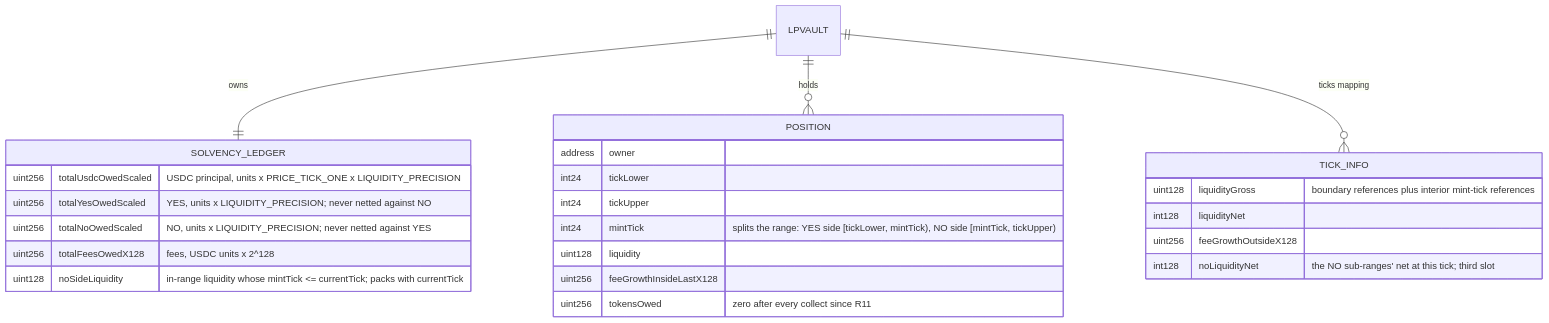
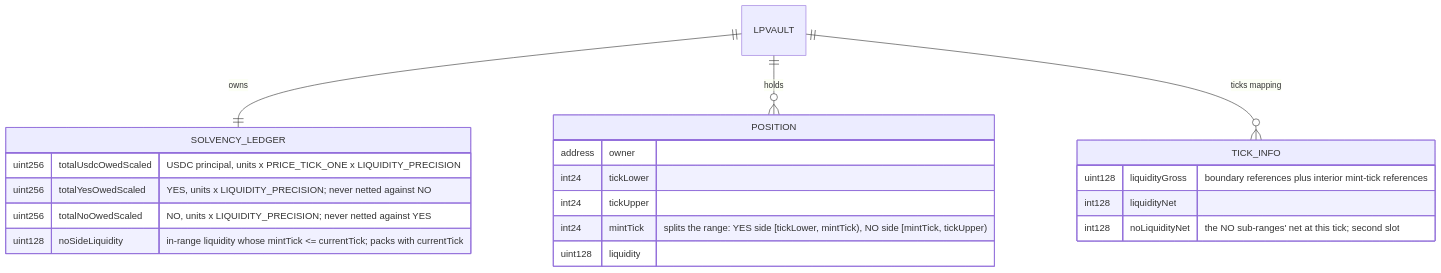
The third of 4 diagrams in specs/features/contracts/FEAT-9BQZ-vault-solvency-ledger/ARCHITECTURE.md (ProphetMarket/lp-vaults), drawn with Mermaid before and after one commit. The commit also changed other lines of this file and 73 other files, not shown here.

````diff
--- a/specs/features/contracts/FEAT-9BQZ-vault-solvency-ledger/ARCHITECTURE.md
+++ b/specs/features/contracts/FEAT-9BQZ-vault-solvency-ledger/ARCHITECTURE.md
@@ -57,29 +57,25 @@
 ```mermaid
 erDiagram
     LPVAULT ||--|| SOLVENCY_LEDGER : "owns"
     LPVAULT ||--o{ POSITION : "holds"
     LPVAULT ||--o{ TICK_INFO : "ticks mapping"
 
     SOLVENCY_LEDGER {
         uint256 totalUsdcOwedScaled "USDC principal, units x PRICE_TICK_ONE x LIQUIDITY_PRECISION"
         uint256 totalYesOwedScaled "YES, units x LIQUIDITY_PRECISION; never netted against NO"
         uint256 totalNoOwedScaled "NO, units x LIQUIDITY_PRECISION; never netted against YES"
-        uint256 totalFeesOwedX128 "fees, USDC units x 2^128"
         uint128 noSideLiquidity "in-range liquidity whose mintTick <= currentTick; packs with currentTick"
     }
     POSITION {
         address owner
         int24 tickLower
         int24 tickUpper
         int24 mintTick "splits the range: YES side [tickLower, mintTick), NO side [mintTick, tickUpper)"
         uint128 liquidity
-        uint256 feeGrowthInsideLastX128
-        uint256 tokensOwed "zero after every collect since R11"
     }
     TICK_INFO {
         uint128 liquidityGross "boundary references plus interior mint-tick references"
         int128 liquidityNet
-        uint256 feeGrowthOutsideX128
-        int128 noLiquidityNet "the NO sub-ranges' net at this tick; third slot"
+        int128 noLiquidityNet "the NO sub-ranges' net at this tick; second slot"
     }
 ```
````
